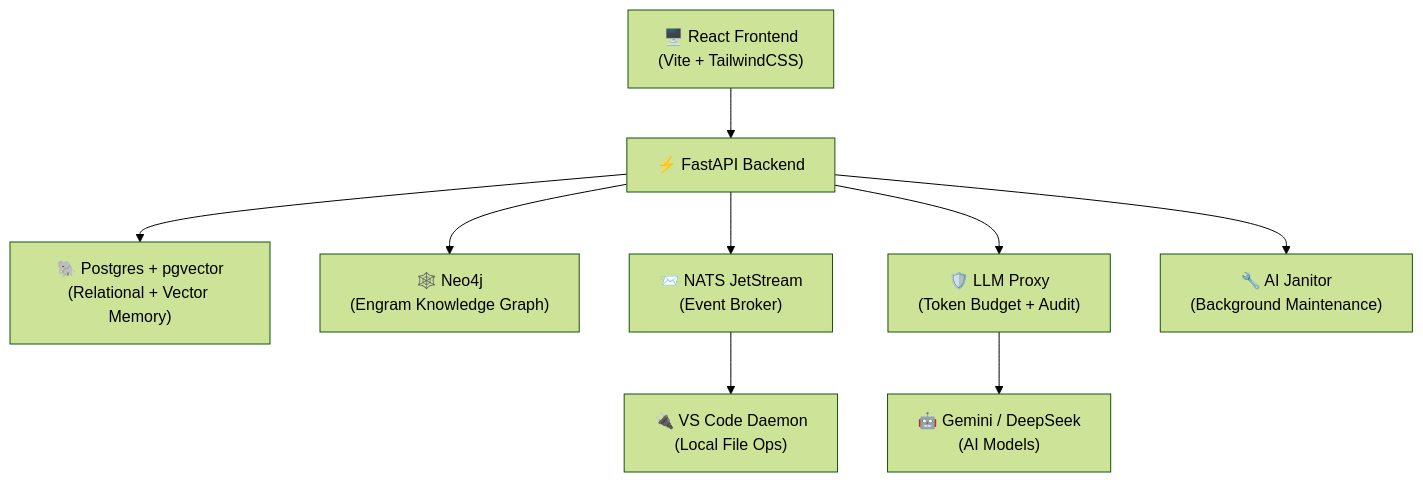
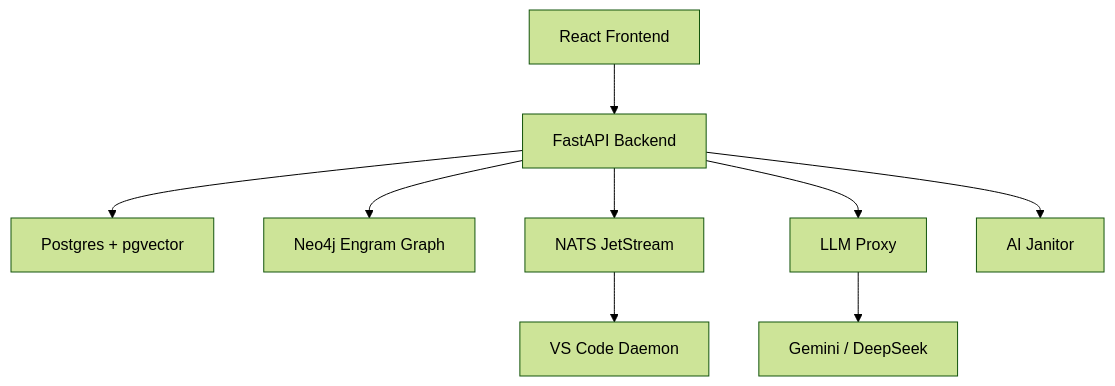
The diagram in README.md (careb36/ai_entreprise), drawn with Mermaid (forest theme) before and after one commit. The commit also changed 1 other file, not shown here.

Commit message:
docs: fix Mermaid diagram syntax for GitHub rendering
Remove quoted labels with \n — GitHub Mermaid does not support
multi-line node labels with newline escape sequences.

````diff
--- a/README.md
+++ b/README.md
@@ -51,11 +51,11 @@
 ```mermaid
 graph TD
-    A["🖥️ React Frontend\n(Vite + TailwindCSS)"] --> B["⚡ FastAPI Backend"]
-    B --> C["🐘 Postgres + pgvector\n(Relational + Vector Memory)"]
-    B --> D["🕸️ Neo4j\n(Engram Knowledge Graph)"]
-    B --> E["📨 NATS JetStream\n(Event Broker)"]
-    E --> F["🔌 VS Code Daemon\n(Local File Ops)"]
-    B --> G["🛡️ LLM Proxy\n(Token Budget + Audit)"]
-    G --> H["🤖 Gemini / DeepSeek\n(AI Models)"]
-    B --> I["🔧 AI Janitor\n(Background Maintenance)"]
+    A[React Frontend] --> B[FastAPI Backend]
+    B --> C[Postgres + pgvector]
+    B --> D[Neo4j Engram Graph]
+    B --> E[NATS JetStream]
+    E --> F[VS Code Daemon]
+    B --> G[LLM Proxy]
+    G --> H[Gemini / DeepSeek]
+    B --> I[AI Janitor]
 ```
````
